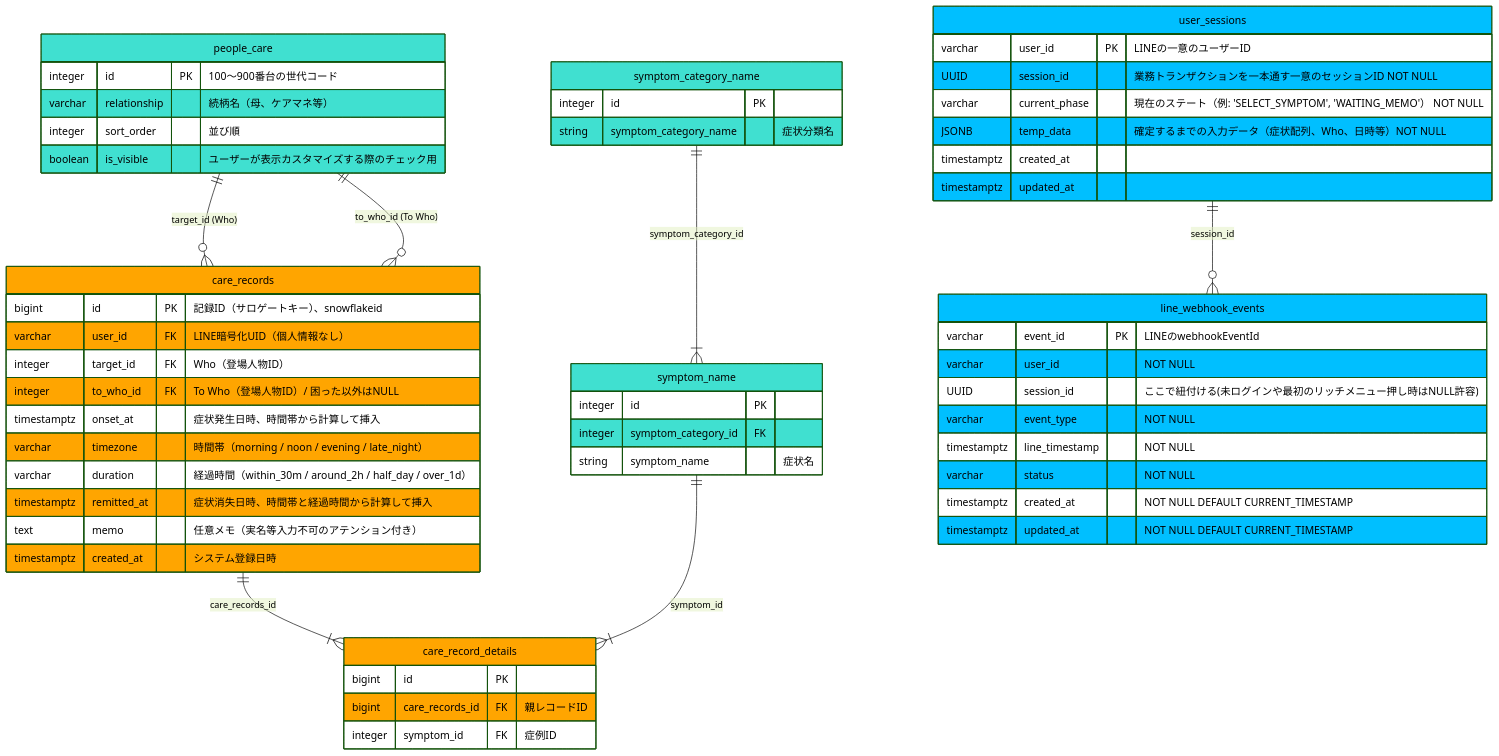
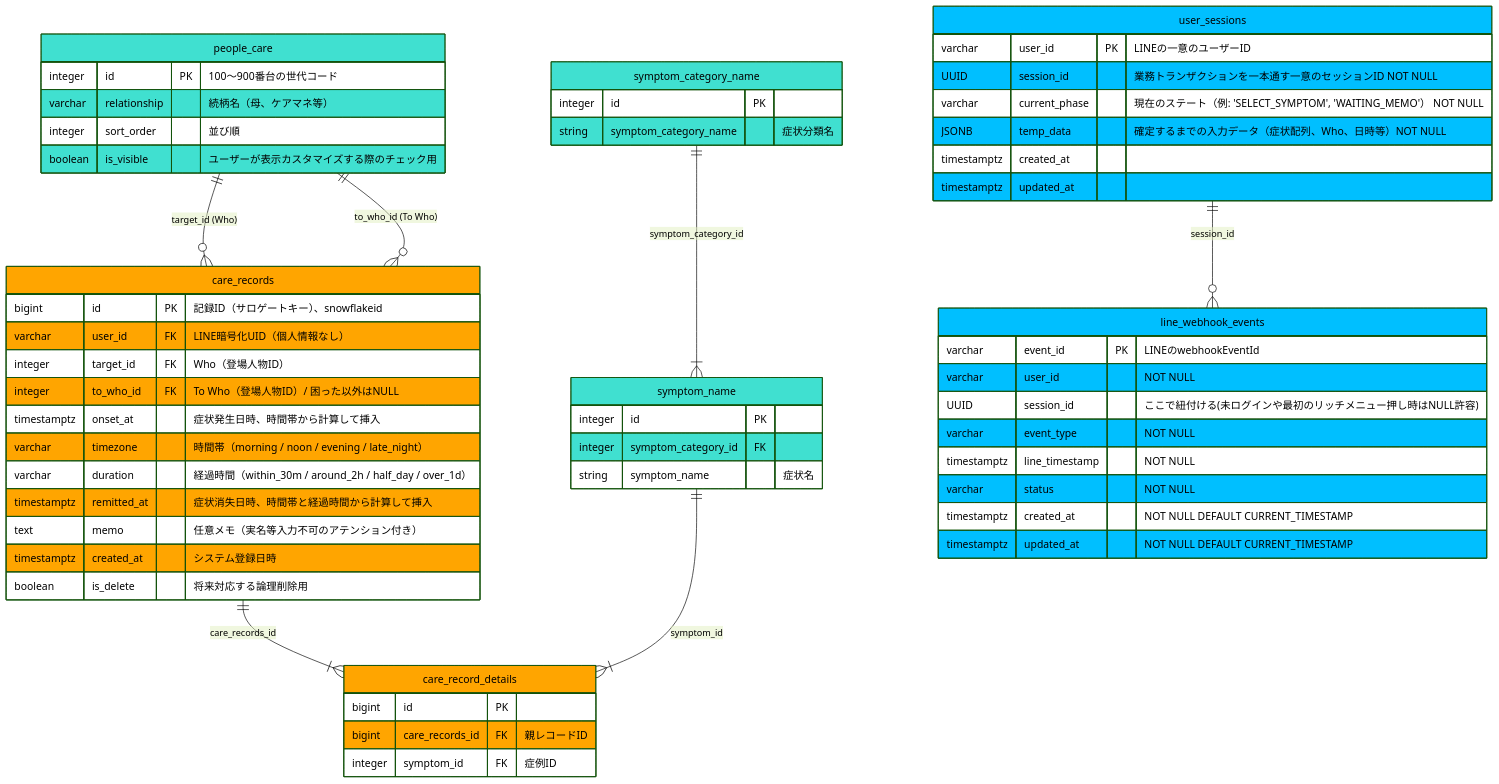
Before and after one commit to horinoA/care-symptom-logger: the diagram in docs/ER図.md, drawn with Mermaid (forest theme). The commit also changed 2 other files, not shown here.

Commit message:
is_deleteフィールド追加

````diff
--- a/docs/ER図.md
+++ b/docs/ER図.md
@@ -1,74 +1,75 @@
 ```mermaid
 erDiagram
 %% --- マスタ面 ---
     symptom_name:::core {
         integer id PK
         integer symptom_category_id FK
         string symptom_name "症状名"
     }
 
     symptom_category_name:::core {
         integer id PK
         string symptom_category_name "症状分類名"
     }
 
     people_care:::core {
         integer id PK "100〜900番台の世代コード"
         varchar relationship "続柄名（母、ケアマネ等）"
         integer sort_order "並び順"
         boolean is_visible "ユーザーが表示カスタマイズする際のチェック用"
     }
 
 %% --- トランザクション（ファクト）面 ---
     care_records:::event {
         bigint id PK "記録ID（サロゲートキー）、snowflakeid"
         varchar user_id FK "LINE暗号化UID（個人情報なし）"
         integer target_id FK "Who（登場人物ID）"
         integer to_who_id FK "To Who（登場人物ID）/ 困った以外はNULL"
         timestamptz onset_at "症状発生日時、時間帯から計算して挿入"
         varchar timezone "時間帯（morning / noon / evening / late_night）"
         varchar duration "経過時間（within_30m / around_2h / half_day / over_1d）"
         timestamptz remitted_at "症状消失日時、時間帯と経過時間から計算して挿入"
         text memo "任意メモ（実名等入力不可のアテンション付き）"
         timestamptz created_at "システム登録日時"
+        boolean is_delete "将来対応する論理削除用"
     }
 
     care_record_details:::event {
         bigint id PK
         bigint care_records_id FK "親レコードID"
         integer symptom_id FK "症例ID"
     }
 
 %% --- アプリ管理（ステート）面 ---
     user_sessions:::session {
         varchar user_id PK "LINEの一意のユーザーID"
         UUID session_id "業務トランザクションを一本通す一意のセッションID NOT NULL"
         varchar current_phase "現在のステート（例: 'SELECT_SYMPTOM', 'WAITING_MEMO'） NOT NULL"
         JSONB temp_data "確定するまでの入力データ（症状配列、Who、日時等）NOT NULL"
         timestamptz created_at 
         timestamptz updated_at 
     }
 
     line_webhook_events:::session {
         varchar event_id PK "LINEのwebhookEventId"
         varchar user_id "NOT NULL"
         UUID session_id "ここで紐付ける(未ログインや最初のリッチメニュー押し時はNULL許容)"
         varchar event_type "NOT NULL"
         timestamptz line_timestamp "NOT NULL"
         varchar status "NOT NULL"
         timestamptz created_at "NOT NULL DEFAULT CURRENT_TIMESTAMP"
         timestamptz updated_at "NOT NULL DEFAULT CURRENT_TIMESTAMP"
     }
     
     symptom_category_name ||--|{ symptom_name : symptom_category_id
     care_records ||--|{ care_record_details : care_records_id
     symptom_name ||--|{ care_record_details : symptom_id
     people_care ||--o{ care_records : "target_id (Who)"
     people_care ||--o{ care_records : "to_who_id (To Who)"
     user_sessions ||--o{ line_webhook_events : session_id
 
     classDef core fill:#40E0D0
     classDef event fill:#FFA500
     classDef session fill:#00BFFF
 
 ```
````
